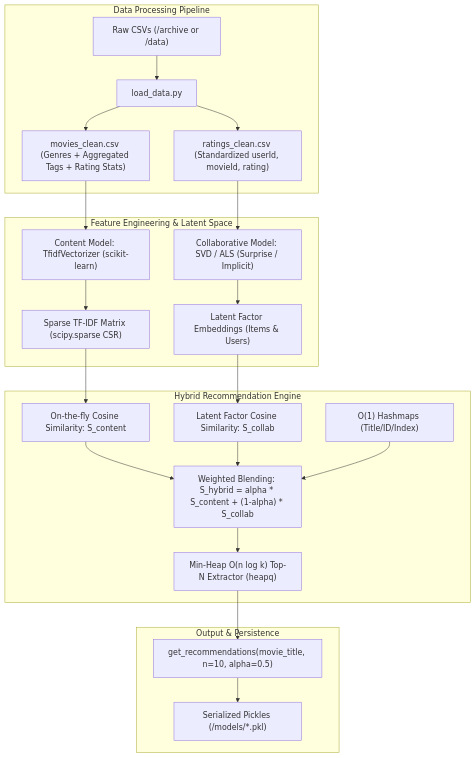
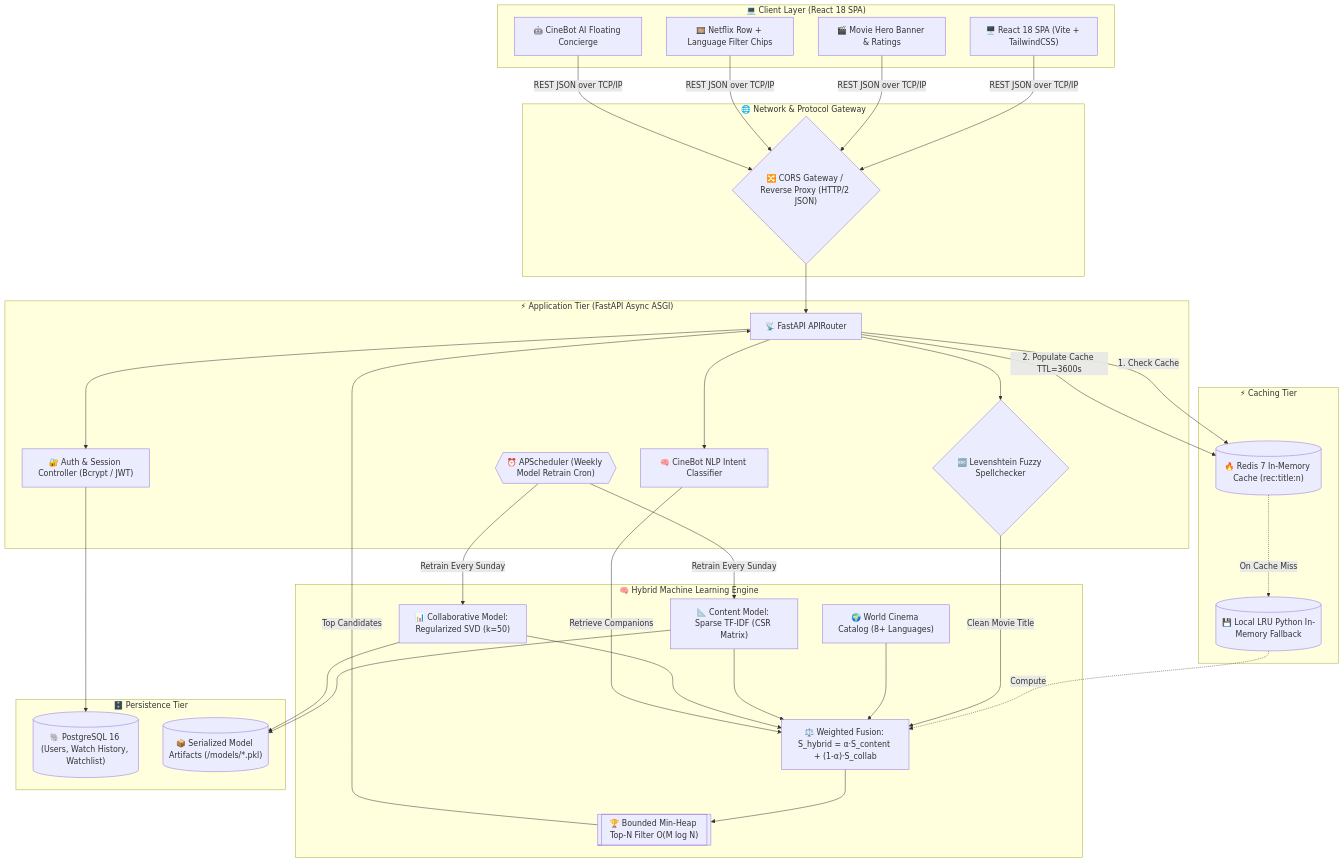
The diagram in README.md (sameeermokhasi/CineSense), drawn with Mermaid before and after one commit. The commit also changed other lines of this file and 3173 other files, not shown here.

Commit message:
feat: multi-language filter chips, CineBot NLP, fuzzy spellcheck, and updated README

````diff
--- a/README.md
+++ b/README.md
@@ -9,28 +70,63 @@
 ```mermaid
 flowchart TD
-    subgraph Data Processing Pipeline
-        A["Raw CSVs (/archive or /data)"] --> B["load_data.py"]
-        B --> C["movies_clean.csv (Genres + Aggregated Tags + Rating Stats)"]
-        B --> D["ratings_clean.csv (Standardized userId, movieId, rating)"]
+    subgraph Client_Layer [" 💻 Client Layer (React 18 SPA) "]
+        UI["🖥️ React 18 SPA (Vite + TailwindCSS)"]
+        HERO["🎬 Movie Hero Banner & Ratings"]
+        ROW["🎞️ Netflix Row + Language Filter Chips"]
+        CHAT["🤖 CineBot AI Floating Concierge"]
     end
 
-    subgraph Feature Engineering & Latent Space
-        C --> E["Content Model: TfidfVectorizer (scikit-learn)"]
-        D --> F["Collaborative Model: SVD / ALS (Surprise / Implicit)"]
-        E --> G["Sparse TF-IDF Matrix (scipy.sparse CSR)"]
-        F --> H["Latent Factor Embeddings (Items & Users)"]
+    subgraph Gateway_Layer [" 🌐 Network & Protocol Gateway "]
+        GW{"🔀 CORS Gateway / Reverse Proxy (HTTP/2 JSON)"}
     end
 
-    subgraph Hybrid Recommendation Engine
-        G --> I["On-the-fly Cosine Similarity: S_content"]
-        H --> J["Latent Factor Cosine Similarity: S_collab"]
-        I & J --> K["Weighted Blending: S_hybrid = alpha * S_content + (1-alpha) * S_collab"]
-        L["O(1) Hashmaps (Title/ID/Index)"] --> K
-        K --> M["Min-Heap O(n log k) Top-N Extractor (heapq)"]
+    subgraph App_Layer [" ⚡ Application Tier (FastAPI Async ASGI) "]
+        ROUTER["📡 FastAPI APIRouter"]
+        FUZZY{"🔤 Levenshtein Fuzzy Spellchecker"}
+        BOT_ENG["🧠 CineBot NLP Intent Classifier"]
+        AUTH_CTRL["🔐 Auth & Session Controller (Bcrypt / JWT)"]
+        SCHED{{"⏰ APScheduler (Weekly Model Retrain Cron)"}}
     end
 
-    subgraph Output & Persistence
-        M --> N["get_recommendations(movie_title, n=10, alpha=0.5)"]
-        N --> O["Serialized Pickles (/models/*.pkl)"]
+    subgraph Caching_Layer [" ⚡ Caching Tier "]
+        REDIS[("🔥 Redis 7 In-Memory Cache (rec:title:n)")]
+        MEM_CACHE[("💾 Local LRU Python In-Memory Fallback")]
     end
+
+    subgraph ML_Core [" 🧠 Hybrid Machine Learning Engine "]
+        TFIDF["📐 Content Model: Sparse TF-IDF (CSR Matrix)"]
+        SVD_MOD["📊 Collaborative Model: Regularized SVD (k=50)"]
+        WORLD_CAT["🌍 World Cinema Catalog (8+ Languages)"]
+        FUSION["⚖️ Weighted Fusion: S_hybrid = α·S_content + (1-α)·S_collab"]
+        MIN_HEAP[["🏆 Bounded Min-Heap Top-N Filter O(M log N)"]]
+    end
+
+    subgraph Persistence_Layer [" 🗄️ Persistence Tier "]
+        PG_DB[("🐘 PostgreSQL 16 (Users, Watch History, Watchlist)")]
+        PKL[("📦 Serialized Model Artifacts (/models/*.pkl)")]
+    end
+
+    %% Connections
+    UI & HERO & ROW & CHAT -->|REST JSON over TCP/IP| GW
+    GW --> ROUTER
+
+    ROUTER --> FUZZY
+    ROUTER --> BOT_ENG
+    ROUTER --> AUTH_CTRL
+    AUTH_CTRL --> PG_DB
+
+    ROUTER -->|1. Check Cache| REDIS
+    REDIS -.->|On Cache Miss| MEM_CACHE
+    MEM_CACHE -.->|Compute| FUSION
+
+    FUZZY -->|Clean Movie Title| FUSION
+    WORLD_CAT --> FUSION
+    TFIDF & SVD_MOD --> FUSION
+    FUSION --> MIN_HEAP
+    MIN_HEAP -->|Top Candidates| ROUTER
+    ROUTER -->|2. Populate Cache TTL=3600s| REDIS
+
+    BOT_ENG -->|Retrieve Companions| FUSION
+    SCHED -->|Retrain Every Sunday| TFIDF & SVD_MOD
+    TFIDF & SVD_MOD --> PKL
 ```
````
